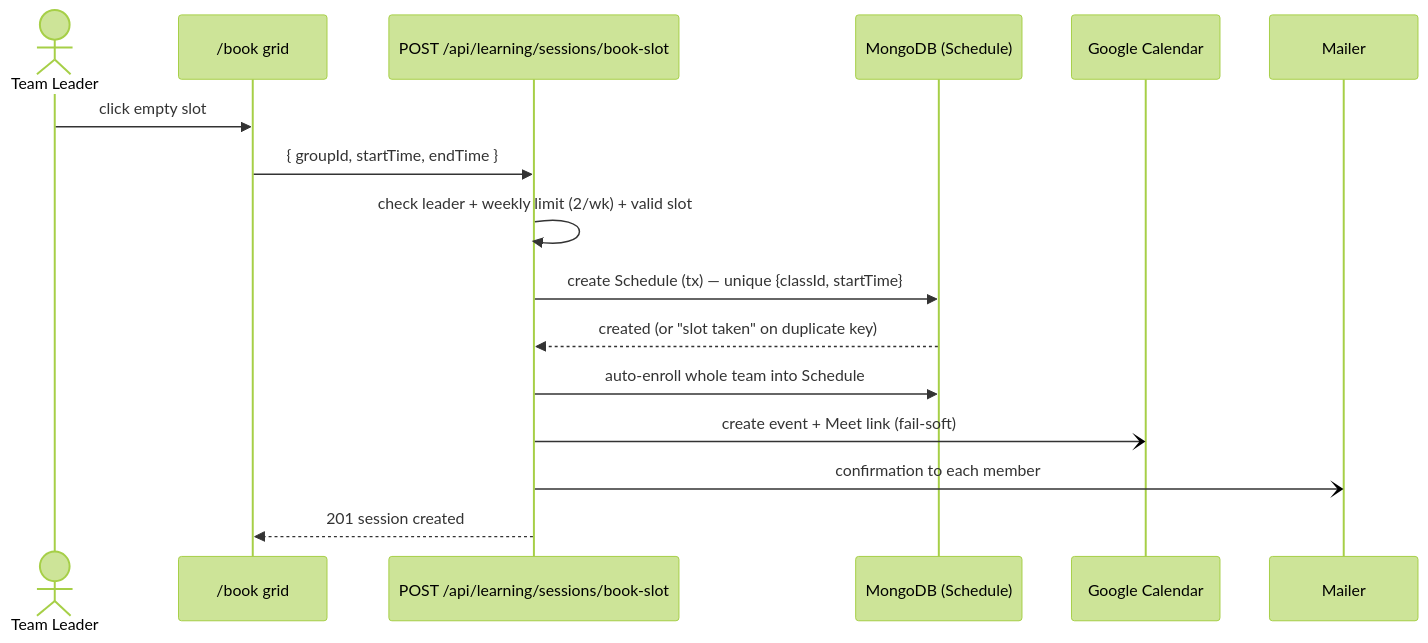
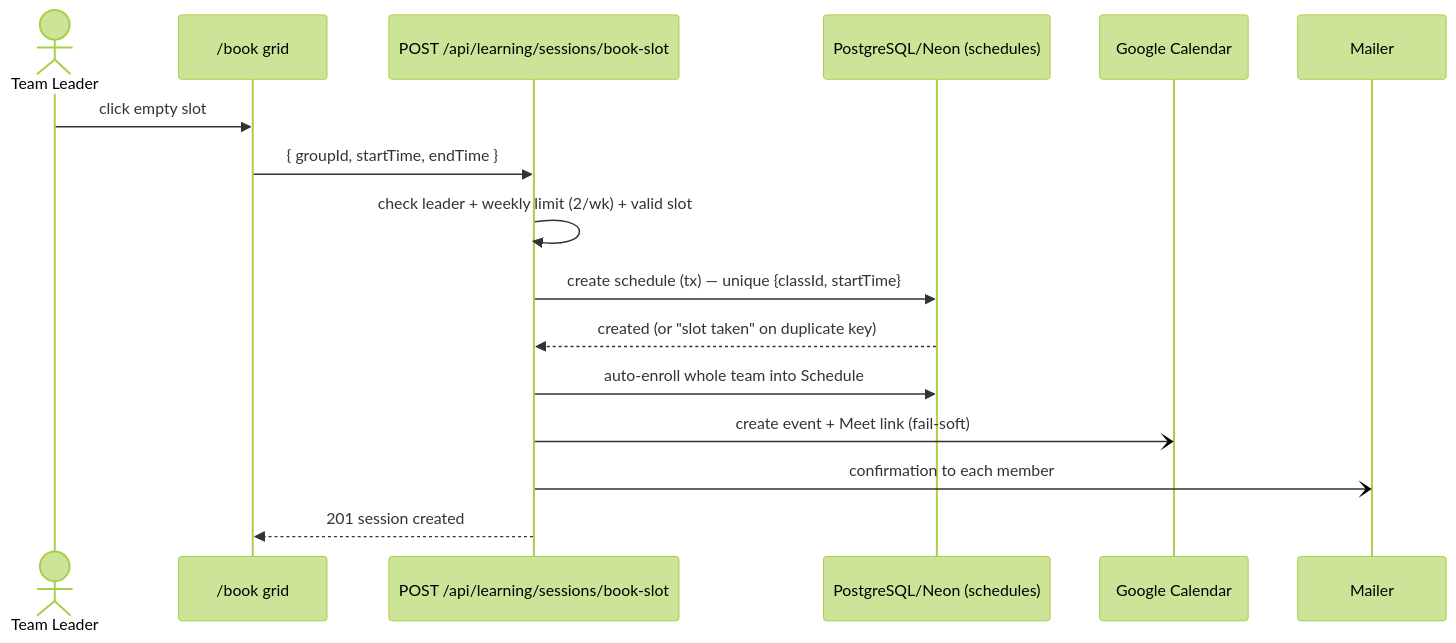
The first of 4 diagrams in docs/system-overview.md (FinanceBullkk/ConCho2), drawn with Mermaid (forest theme) before and after one commit. The commit also changed other lines of this file and 83 other files, not shown here.

````diff
--- a/docs/system-overview.md
+++ b/docs/system-overview.md
@@ -34,18 +34,18 @@
 ```mermaid
 sequenceDiagram
     actor Leader as Team Leader
     participant Grid as /book grid
     participant API as POST /api/learning/sessions/book-slot
-    participant DB as MongoDB (Schedule)
+    participant DB as PostgreSQL/Neon (schedules)
     participant GCal as Google Calendar
     participant Mail as Mailer
     Leader->>Grid: click empty slot
     Grid->>API: { groupId, startTime, endTime }
     API->>API: check leader + weekly limit (2/wk) + valid slot
-    API->>DB: create Schedule (tx) — unique {classId, startTime}
+    API->>DB: create schedule (tx) — unique {classId, startTime}
     DB-->>API: created (or "slot taken" on duplicate key)
     API->>DB: auto-enroll whole team into Schedule
     API-)GCal: create event + Meet link (fail-soft)
     API-)Mail: confirmation to each member
     API-->>Grid: 201 session created
 ```
````
